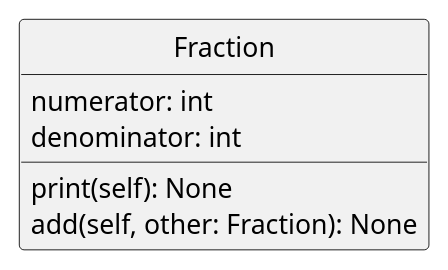
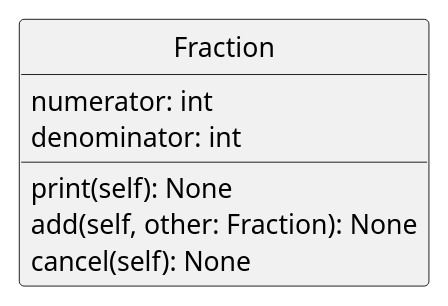
The diagram in 03_Objektorientierung/Fraction.puml (Hananja/DQI19-Python), drawn with PlantUML before and after one commit. The commit also changed 1 other file, not shown here.

Commit message:
Add und Cancel (TODO)

```diff
--- a/03_Objektorientierung/Fraction.puml
+++ b/03_Objektorientierung/Fraction.puml
@@ -1,15 +1,15 @@
 @startuml
 hide circle
 hide empty members
 left to right direction
 skinparam monochrome true
 
 class Fraction {
   numerator: int
   denominator: int
   print(self): None
   add(self, other: Fraction): None
-
+  cancel(self): None
 }
 
 @enduml
```
